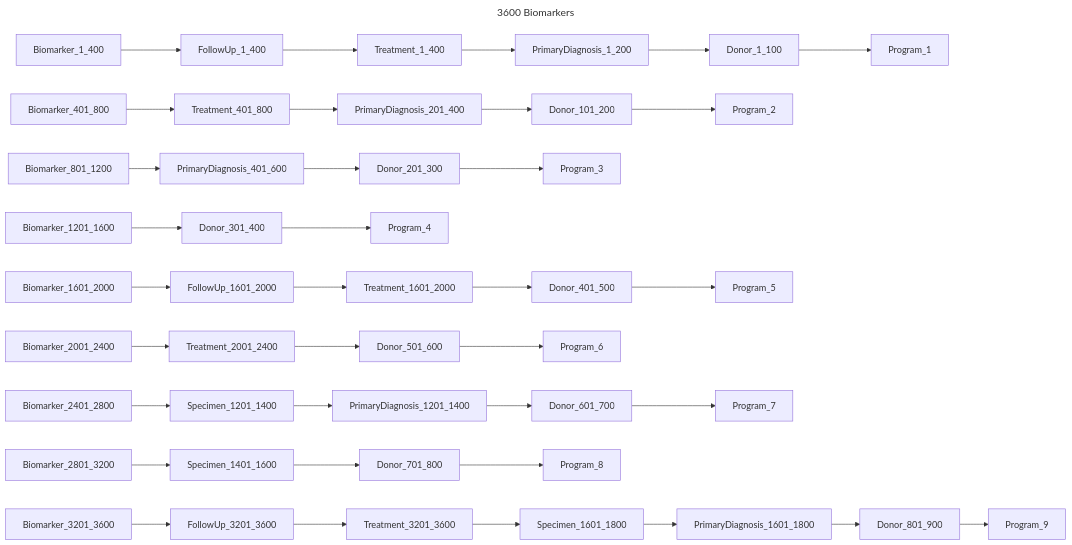
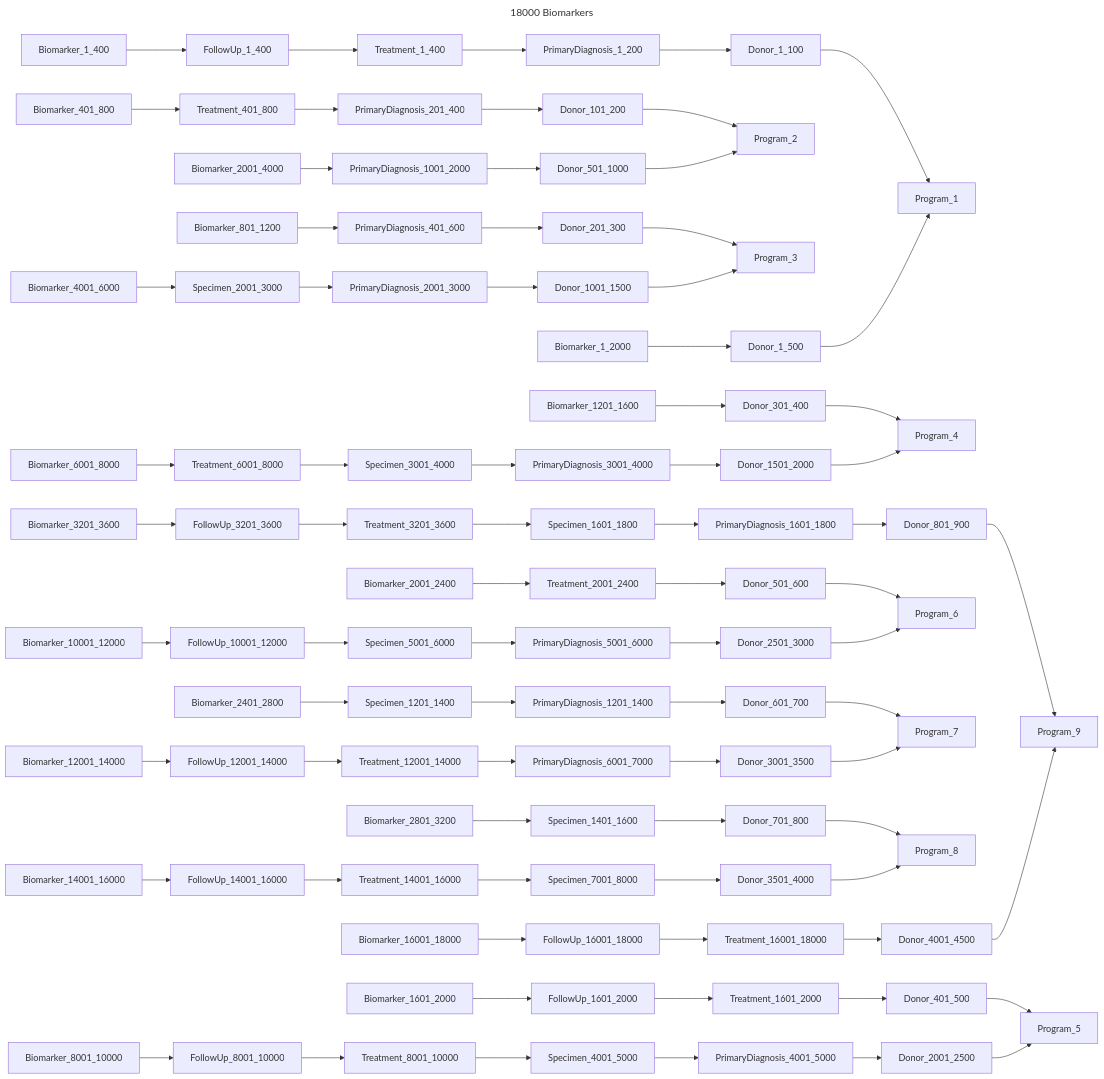
Before and after one commit to bento-platform/katsu: diagram 12 of 14 in chord_metadata_service/mohpackets/data/large_dataset/README.md, drawn with Mermaid. The commit also changed other lines of this file, not shown here.

````diff
--- a/chord_metadata_service/mohpackets/data/large_dataset/README.md
+++ b/chord_metadata_service/mohpackets/data/large_dataset/README.md
@@ -177,15 +179,26 @@
 ```mermaid
 ---
-title: 3600 Biomarkers
+title: 18000 Biomarkers
 ---
 graph LR;  
   Biomarker_1_400 --> FollowUp_1_400 --> Treatment_1_400 --> PrimaryDiagnosis_1_200 --> Donor_1_100 --> Program_1;
   Biomarker_401_800 --> Treatment_401_800--> PrimaryDiagnosis_201_400 --> Donor_101_200 --> Program_2;  
   Biomarker_801_1200 --> PrimaryDiagnosis_401_600 --> Donor_201_300 --> Program_3;  
   Biomarker_1201_1600 --> Donor_301_400 --> Program_4;  
   Biomarker_1601_2000 --> FollowUp_1601_2000 --> Treatment_1601_2000 --> Donor_401_500 --> Program_5;  
   Biomarker_2001_2400 --> Treatment_2001_2400 --> Donor_501_600 --> Program_6;  
   Biomarker_2401_2800 --> Specimen_1201_1400 --> PrimaryDiagnosis_1201_1400 --> Donor_601_700 --> Program_7;  
   Biomarker_2801_3200 --> Specimen_1401_1600  --> Donor_701_800 --> Program_8;  
   Biomarker_3201_3600 --> FollowUp_3201_3600--> Treatment_3201_3600 --> Specimen_1601_1800 --> PrimaryDiagnosis_1601_1800 --> Donor_801_900 --> Program_9;
+
+  Biomarker_1_2000 --> Donor_1_500 --> Program_1;
+  Biomarker_2001_4000 --> PrimaryDiagnosis_1001_2000 --> Donor_501_1000 --> Program_2;
+  Biomarker_4001_6000 --> Specimen_2001_3000 --> PrimaryDiagnosis_2001_3000 --> Donor_1001_1500 --> Program_3;
+  Biomarker_6001_8000 --> Treatment_6001_8000 --> Specimen_3001_4000 --> PrimaryDiagnosis_3001_4000 --> Donor_1501_2000 --> Program_4;
+  Biomarker_8001_10000 --> FollowUp_8001_10000 --> Treatment_8001_10000 --> Specimen_4001_5000 --> PrimaryDiagnosis_4001_5000 --> Donor_2001_2500 --> Program_5;
+  Biomarker_10001_12000 --> FollowUp_10001_12000 --> Specimen_5001_6000 --> PrimaryDiagnosis_5001_6000 --> Donor_2501_3000 --> Program_6;
+  Biomarker_12001_14000 --> FollowUp_12001_14000 --> Treatment_12001_14000 --> PrimaryDiagnosis_6001_7000 --> Donor_3001_3500 --> Program_7;
+  Biomarker_14001_16000 --> FollowUp_14001_16000 --> Treatment_14001_16000 --> Specimen_7001_8000 --> Donor_3501_4000 --> Program_8;
+  Biomarker_16001_18000 --> FollowUp_16001_18000 --> Treatment_16001_18000 --> Donor_4001_4500 --> Program_9;
+
 ```
````
